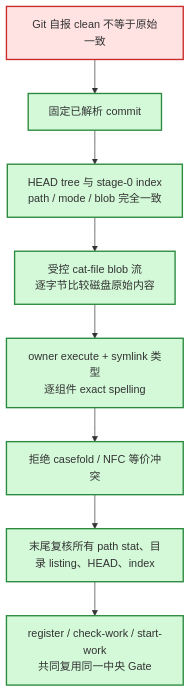
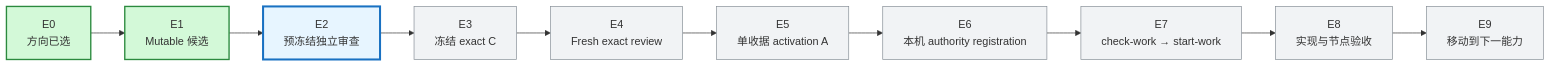
The second of 2 diagrams in MyBrain/automation/reports/investment-discipline-system/CURRENT_PROGRESS.md (j-a-v-e-n/knowledge-vault), drawn with Mermaid before and after one commit. The commit also changed other lines of this file and 3 other files, not shown here.

````diff
--- a/MyBrain/automation/reports/investment-discipline-system/CURRENT_PROGRESS.md
+++ b/MyBrain/automation/reports/investment-discipline-system/CURRENT_PROGRESS.md
@@ -76,15 +54,19 @@
 ```mermaid
-flowchart TB
-    A["Git 自报 clean 不等于原始一致"] --> B["固定已解析 commit"]
-    B --> C["HEAD tree 与 stage-0 index<br/>path / mode / blob 完全一致"]
-    C --> D["受控 cat-file blob 流<br/>逐字节比较磁盘原始内容"]
-    D --> E["owner execute + symlink 类型<br/>逐组件 exact spelling"]
-    E --> F["拒绝 casefold / NFC 等价冲突"]
-    F --> G["末尾复核所有 path stat、目录 listing、HEAD、index"]
-    G --> H["register / check-work / start-work<br/>共同复用同一中央 Gate"]
+flowchart LR
+    E0["E0<br/>方向已选"] --> E1["E1<br/>Mutable 候选"]
+    E1 --> E2["E2<br/>预冻结独立审查"]
+    E2 --> E3["E3<br/>冻结 exact C"]
+    E3 --> E4["E4<br/>Fresh exact review"]
+    E4 --> E5["E5<br/>单收据 activation A"]
+    E5 --> E6["E6<br/>本机 authority registration"]
+    E6 --> E7["E7<br/>check-work → start-work"]
+    E7 --> E8["E8<br/>实现与节点验收"]
+    E8 --> E9["E9<br/>移动到下一能力"]
 
-    classDef root fill:#ffe3e3,stroke:#c92a2a,stroke-width:2px;
-    classDef fix fill:#d3f9d8,stroke:#2b8a3e,stroke-width:2px;
-    class A root;
-    class B,C,D,E,F,G,H fix;
+    classDef done fill:#d3f9d8,stroke:#2b8a3e,stroke-width:2px;
+    classDef current fill:#e7f5ff,stroke:#1971c2,stroke-width:3px;
+    classDef pending fill:#f1f3f5,stroke:#868e96;
+    class E0,E1 done;
+    class E2 current;
+    class E3,E4,E5,E6,E7,E8,E9 pending;
 ```
````
